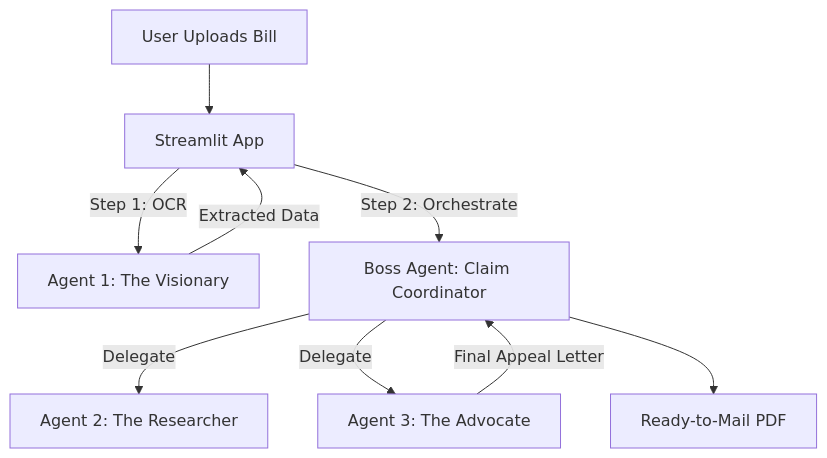
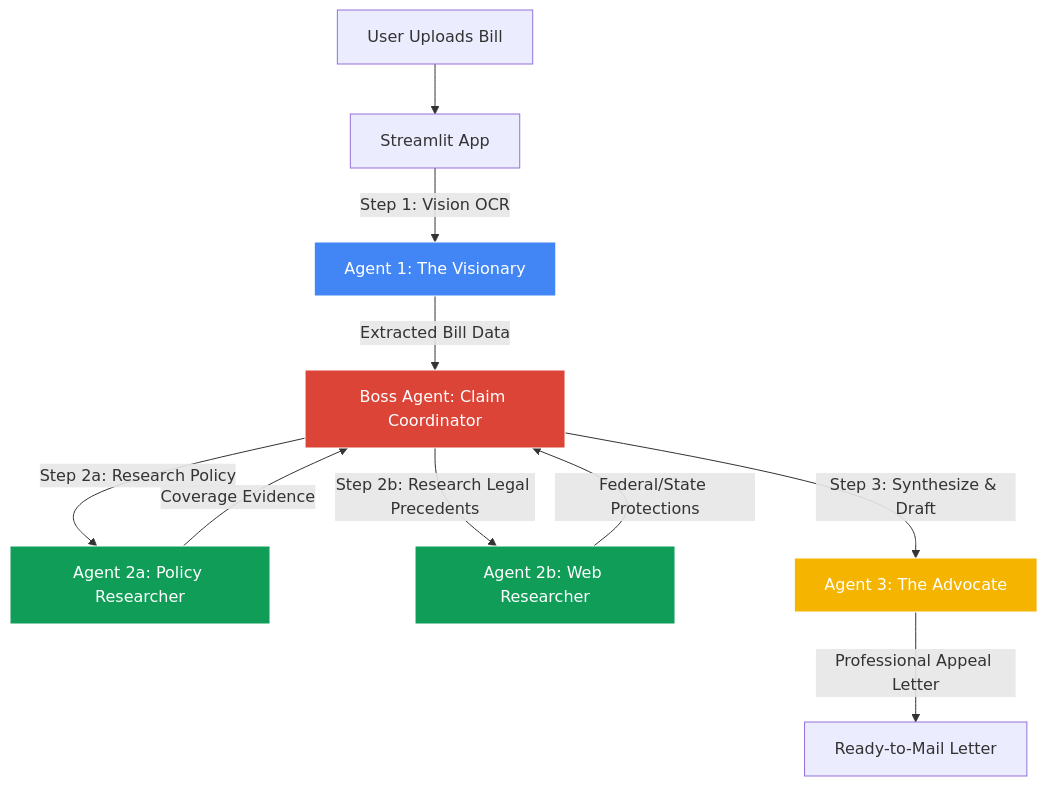
One commit to jusdal/claim-compass changed the diagram in README.md. Above: the diagram before and after it, drawn with Mermaid. The commit also changed other lines of this file, not shown here.

First line of the commit message:
Revise README for multi-agent architecture and setup

````diff
--- a/README.md
+++ b/README.md
@@ -24,11 +23,21 @@
 ```mermaid
 graph TD
     User[User Uploads Bill] --> Frontend[Streamlit App]
-    Frontend -->|Step 1: OCR| Agent1[Agent 1: The Visionary]
-    Agent1 -->|Extracted Data| Frontend
-    Frontend -->|Step 2: Orchestrate| Boss[Boss Agent: Claim Coordinator]
-    Boss -->|Delegate| Agent2[Agent 2: The Researcher]
-    Boss -->|Delegate| Agent3[Agent 3: The Advocate]
-    Agent3 -->|Final Appeal Letter| Boss
-    Boss --> Result[Ready-to-Mail PDF]
+    Frontend -->|Step 1: Vision OCR| Vision[Agent 1: The Visionary]
+    Vision -->|Extracted Bill Data| Boss[Boss Agent: Claim Coordinator]
+    
+    Boss -->|Step 2a: Research Policy| Policy[Agent 2a: Policy Researcher]
+    Policy -->|Coverage Evidence| Boss
+    
+    Boss -->|Step 2b: Research Legal Precedents| Web[Agent 2b: Web Researcher]
+    Web -->|Federal/State Protections| Boss
+    
+    Boss -->|Step 3: Synthesize & Draft| Writer[Agent 3: The Advocate]
+    Writer -->|Professional Appeal Letter| Result[Ready-to-Mail Letter]
+    
+    style Vision fill:#4285f4,stroke:#fff,color:#fff
+    style Policy fill:#0f9d58,stroke:#fff,color:#fff
+    style Web fill:#0f9d58,stroke:#fff,color:#fff
+    style Writer fill:#f4b400,stroke:#fff,color:#fff
+    style Boss fill:#db4437,stroke:#fff,color:#fff
 ```
````
